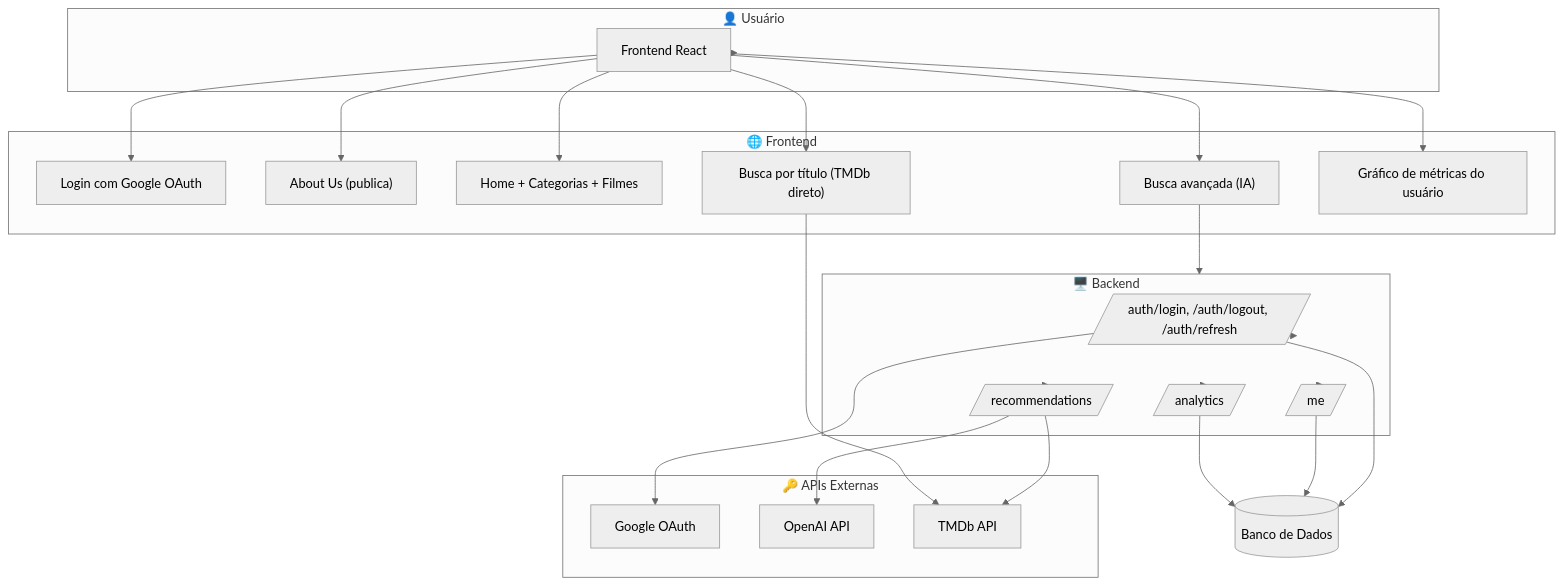
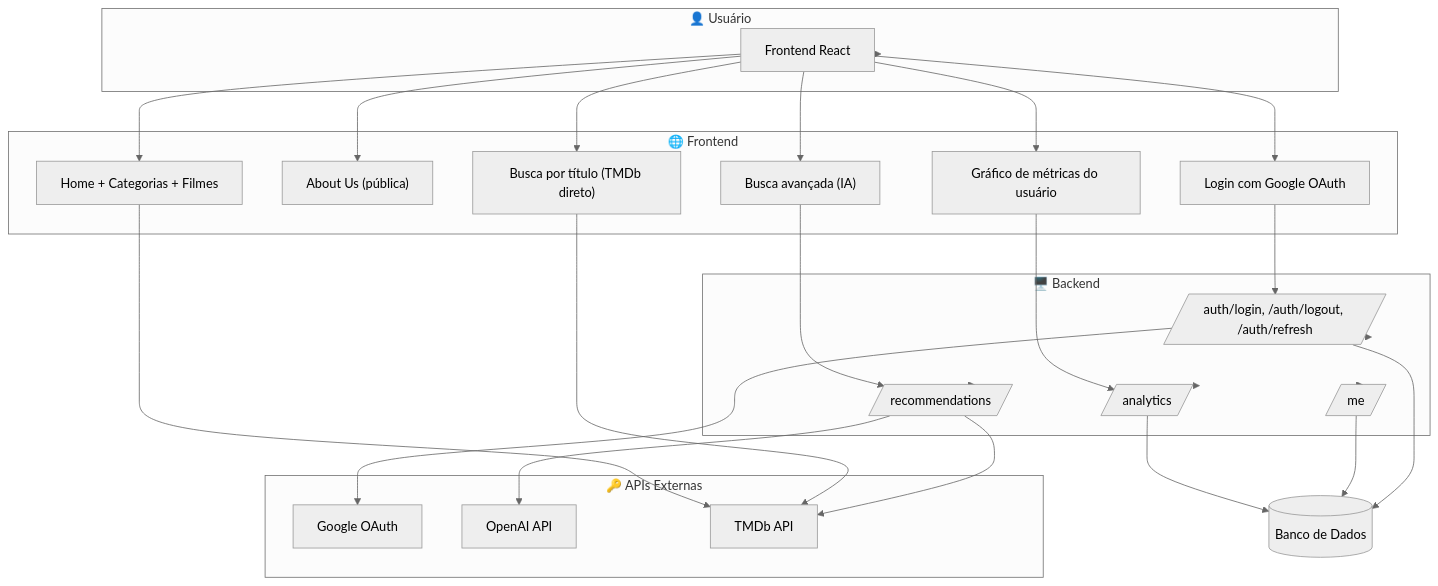
The diagram in README.md (SantosVicente/MovieMind), drawn with Mermaid (neutral theme) before and after one commit. The commit also changed other lines of this file, not shown here.

````diff
--- a/README.md
+++ b/README.md
@@ -54,53 +54,58 @@
 ```mermaid
 flowchart TD
 
   subgraph User["👤 Usuário"]
     UI[Frontend React]
   end
 
   subgraph Frontend["🌐 Frontend"]
     Login[Login com Google OAuth]
-    About["About Us (publica)"]
-    Home[Home + Categorias + Filmes]
+    About["About Us (pública)"]
+    Home["Home + Categorias + Filmes"]
     Search["Busca por título (TMDb direto)"]
     SearchAI["Busca avançada (IA)"]
-    Analytics[Gráfico de métricas do usuário]
+    Analytics["Gráfico de métricas do usuário"]
   end
 
   subgraph Backend["🖥️ Backend"]
     Auth[/auth/login, /auth/logout, /auth/refresh/]
     Me[/me/]
     Recommend[/recommendations/]
     Metrics[/analytics/]
   end
 
   subgraph APIs["🔑 APIs Externas"]
     Google[Google OAuth]
     OpenAI[OpenAI API]
     TMDb[TMDb API]
   end
 
   User --> UI
   UI --> Login
   UI --> About
   UI --> Home
   UI --> Search
   UI --> SearchAI
   UI --> Analytics
 
+  %% Ajustes pedidos
+  Login --> Auth
+  Home --> TMDb
+  Analytics --> Metrics
+
   Search --> TMDb
-  SearchAI --> Backend
+  SearchAI --> Recommend
 
   Backend --> Auth
   Backend --> Me
   Backend --> Recommend
   Backend --> Metrics
 
   Auth --> Google
   Recommend --> OpenAI
   Recommend --> TMDb
   Metrics --> DB[(Banco de Dados)]
 
   Me --> DB
   Auth --> DB
 ```
````
